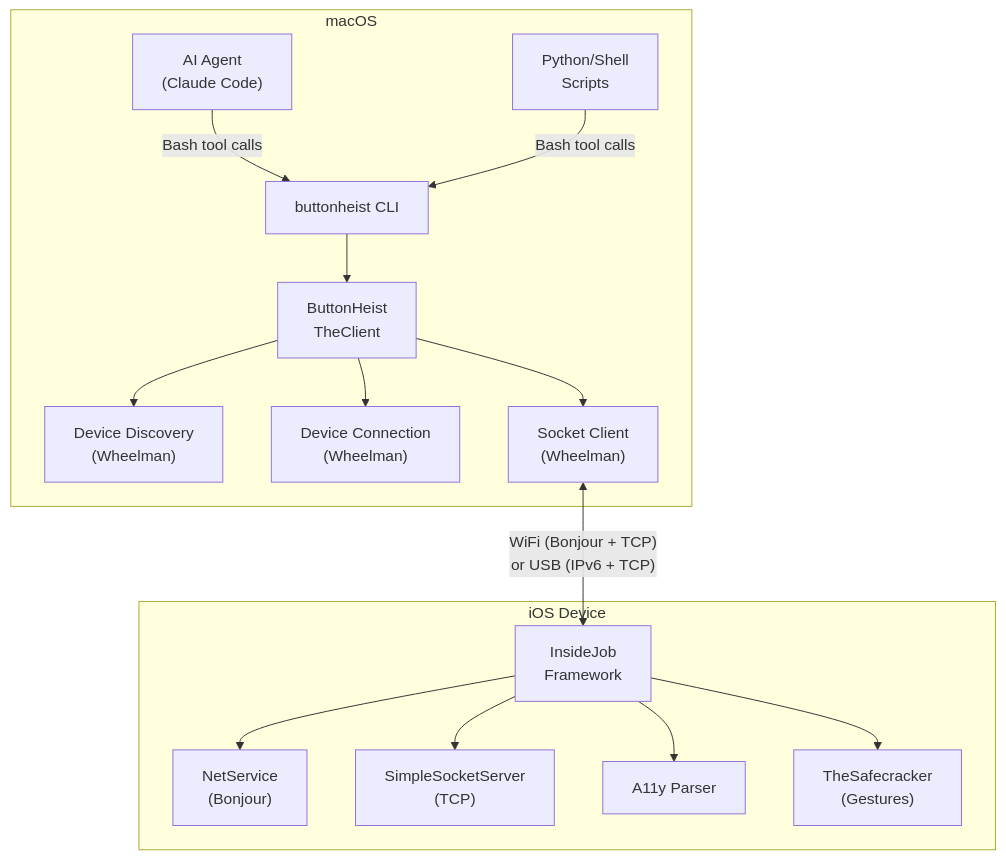
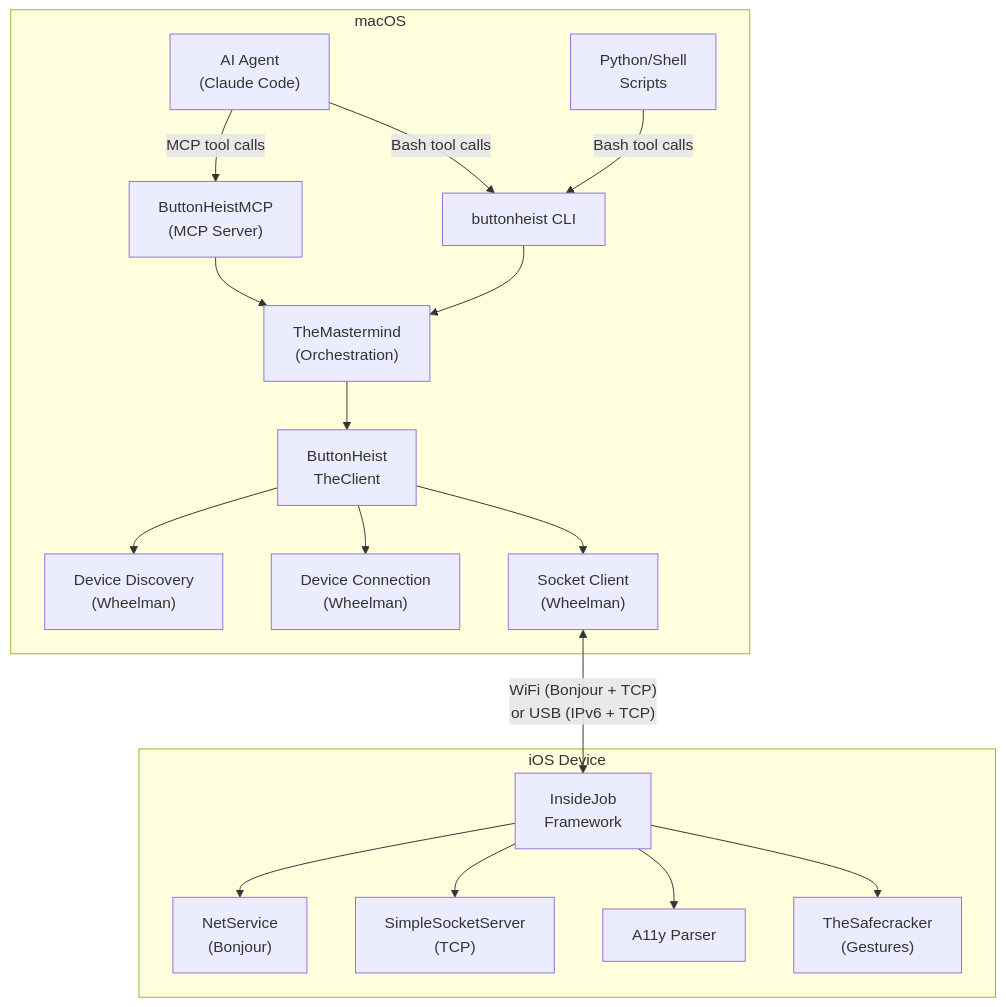
Before and after one commit to RoyalPineapple/TheButtonHeist: the first of 7 diagrams in docs/ARCHITECTURE.md, drawn with Mermaid. The commit also changed other lines of this file and 1 other file, not shown here.

First line of the commit message:
Update docs/API.md and docs/ARCHITECTURE.md for TheMastermind and ButtonHeistMCP

````diff
--- a/docs/ARCHITECTURE.md
+++ b/docs/ARCHITECTURE.md
@@ -15,20 +17,23 @@
 ```mermaid
 graph TB
     subgraph mac["macOS"]
-        Agent["AI Agent<br>(Claude Code)"] -->|Bash tool calls| CLI
+        Agent["AI Agent<br>(Claude Code)"] -->|MCP tool calls| MCP["ButtonHeistMCP<br>(MCP Server)"]
+        Agent -->|Bash tool calls| CLI["buttonheist CLI"]
         Scripts["Python/Shell<br>Scripts"] -->|Bash tool calls| CLI
-        CLI["buttonheist CLI"] --> HC["ButtonHeist<br>TheClient"]
+        MCP --> TM["TheMastermind<br>(Orchestration)"]
+        CLI --> TM
+        TM --> HC["ButtonHeist<br>TheClient"]
         HC --> DD["Device Discovery<br>(Wheelman)"]
         HC --> DC["Device Connection<br>(Wheelman)"]
         HC --> Socket["Socket Client<br>(Wheelman)"]
     end
 
     Socket <-->|"WiFi (Bonjour + TCP)<br>or USB (IPv6 + TCP)"| IJ
 
     subgraph ios["iOS Device"]
         IJ["InsideJob<br>Framework"] --> NS["NetService<br>(Bonjour)"]
         IJ --> SS["SimpleSocketServer<br>(TCP)"]
         IJ --> A11y["A11y Parser"]
         IJ --> TSC["TheSafecracker<br>(Gestures)"]
     end
 ```
````
